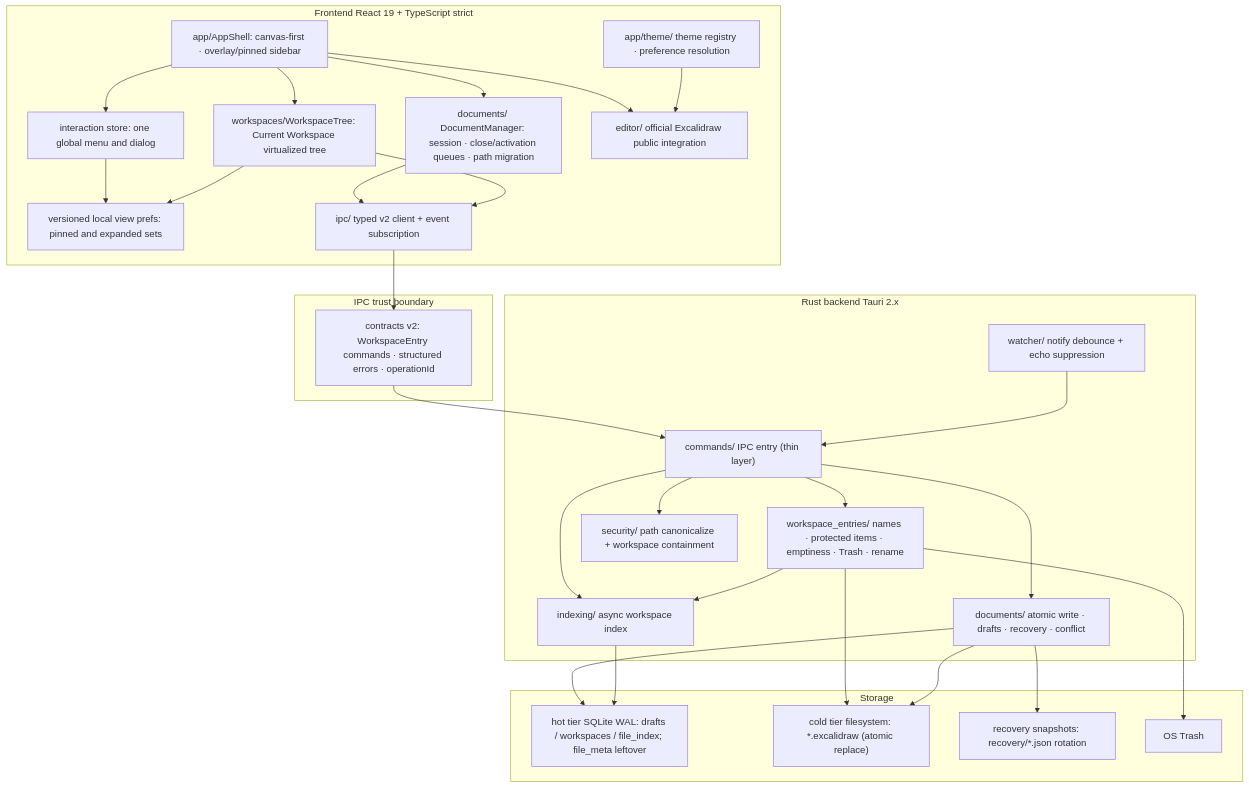
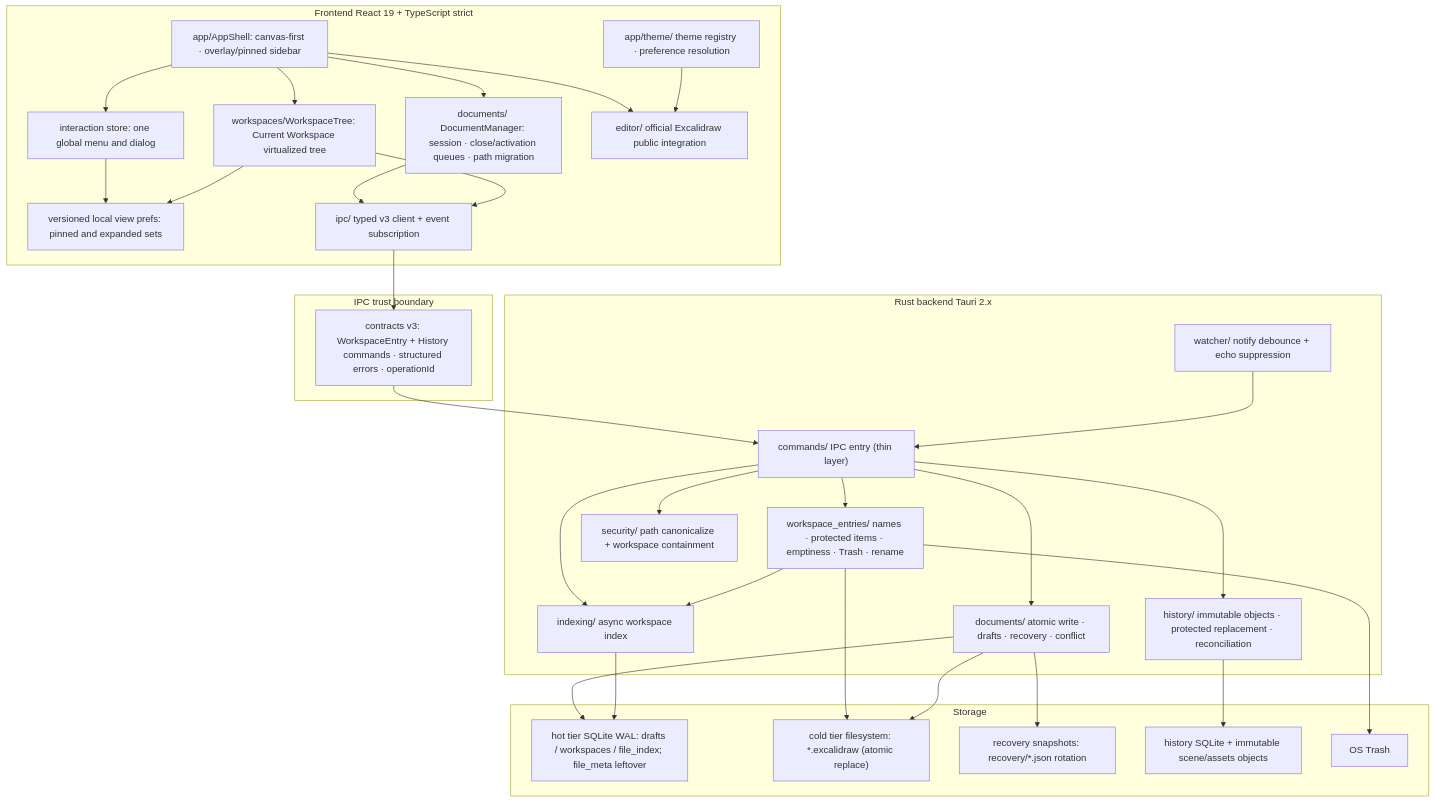
The first of 7 diagrams in docs/architecture.md (ignacioli/excalidraw-desktop), drawn with Mermaid before and after one commit. The commit also changed other lines of this file and 77 other files, not shown here.

````diff
--- a/docs/architecture.md
+++ b/docs/architecture.md
@@ -19,52 +19,56 @@
 ```mermaid
 flowchart TB
     subgraph frontend [Frontend React 19 + TypeScript strict]
         AppShell["app/AppShell: canvas-first · overlay/pinned sidebar"]
         Interaction["interaction store: one global menu and dialog"]
         Tree["workspaces/WorkspaceTree: Current Workspace virtualized tree"]
         Docs["documents/ DocumentManager: session · close/activation queues · path migration"]
         Editor["editor/ official Excalidraw public integration"]
         Theme["app/theme/ theme registry · preference resolution"]
         Prefs["versioned local view prefs: pinned and expanded sets"]
-        IpcClient["ipc/ typed v2 client + event subscription"]
+        IpcClient["ipc/ typed v3 client + event subscription"]
     end
     subgraph boundary [IPC trust boundary]
-        Contracts["contracts v2: WorkspaceEntry commands · structured errors · operationId"]
+        Contracts["contracts v3: WorkspaceEntry + History commands · structured errors · operationId"]
     end
     subgraph backend [Rust backend Tauri 2.x]
         Commands["commands/ IPC entry (thin layer)"]
         EntryDomain["workspace_entries/ names · protected items · emptiness · Trash · rename"]
         Security["security/ path canonicalize + workspace containment"]
         DomainDocs["documents/ atomic write · drafts · recovery · conflict"]
+        HistoryDomain["history/ immutable objects · protected replacement · reconciliation"]
         Indexing["indexing/ async workspace index"]
         Watcher["watcher/ notify debounce + echo suppression"]
     end
     subgraph storage [Storage]
         Hot["hot tier SQLite WAL: drafts / workspaces / file_index; file_meta leftover"]
         Cold["cold tier filesystem: *.excalidraw (atomic replace)"]
         Recovery["recovery snapshots: recovery/*.json rotation"]
+        History["history SQLite + immutable scene/assets objects"]
         Trash["OS Trash"]
     end
     AppShell --> Interaction
     AppShell --> Tree
     AppShell --> Docs
     AppShell --> Editor
     Interaction --> Prefs
     Tree --> Prefs
     Theme --> Editor
     Docs --> IpcClient
     Tree --> IpcClient
     IpcClient --> Contracts --> Commands
     Commands --> Security
     Commands --> EntryDomain
     Commands --> DomainDocs
+    Commands --> HistoryDomain
     Commands --> Indexing
     Watcher --> Commands
     EntryDomain --> Indexing
     EntryDomain --> Cold
     EntryDomain --> Trash
     DomainDocs --> Hot
     DomainDocs --> Cold
     DomainDocs --> Recovery
+    HistoryDomain --> History
     Indexing --> Hot
 ```
````
